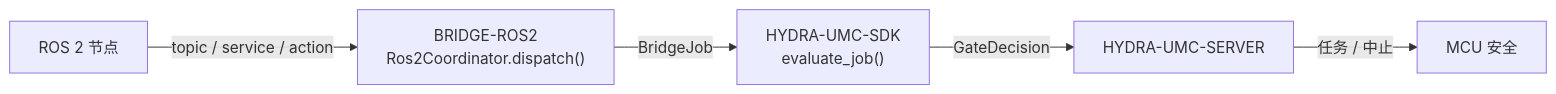
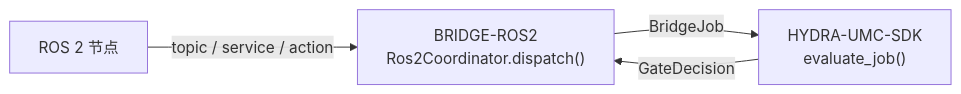
The diagram in README_zho.md (JuanenRac/HYDRA-UMC-BRIDGE-ROS2), drawn with Mermaid before and after one commit. The commit also changed other lines of this file and 19 other files, not shown here.

````diff
--- a/README_zho.md
+++ b/README_zho.md
@@ -49,7 +50,6 @@
 ```mermaid
 flowchart LR
     ROS["ROS 2 节点"] -- "topic / service / action" --> BRIDGE["BRIDGE-ROS2<br/>Ros2Coordinator.dispatch()"]
     BRIDGE -- BridgeJob --> SDK["HYDRA-UMC-SDK<br/>evaluate_job()"]
-    SDK -- GateDecision --> SERVER["HYDRA-UMC-SERVER"]
-    SERVER -- "任务 / 中止" --> MCU["MCU 安全"]
+    SDK -- GateDecision --> BRIDGE
 ```
````
